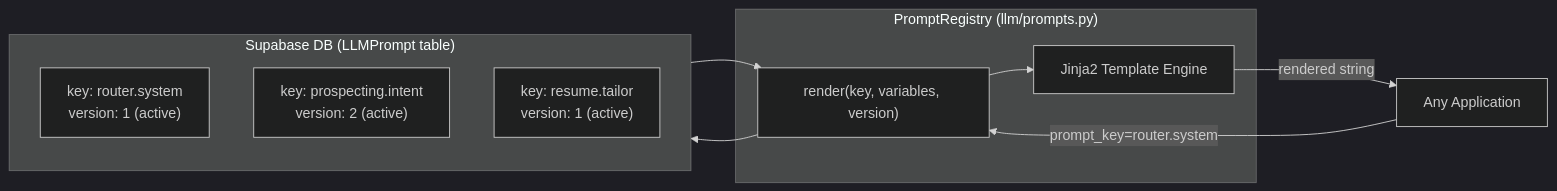
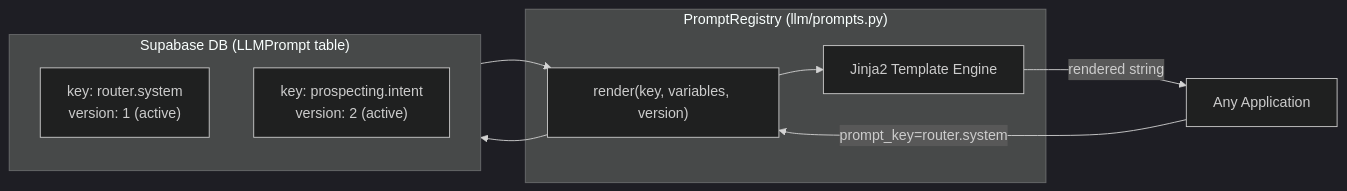
One commit to Ingenuity07/nomad-bot changed the fourth of 11 diagrams in README.md. Above: the diagram before and after it, drawn with Mermaid (dark theme). The commit also changed other lines of this file, not shown here.

Commit message:
docs: update README.md to reflect prospecting-only architecture

````diff
--- a/README.md
+++ b/README.md
@@ -423,19 +386,18 @@
 ```mermaid
 graph LR
     subgraph DB["Supabase DB (LLMPrompt table)"]
         P1["key: router.system\nversion: 1 (active)"]
         P2["key: prospecting.intent\nversion: 2 (active)"]
-        P3["key: resume.tailor\nversion: 1 (active)"]
     end
 
     subgraph Registry["PromptRegistry (llm/prompts.py)"]
         RENDER["render(key, variables, version)"]
         JINJA["Jinja2 Template Engine"]
     end
 
     APP["Any Application"] -->|prompt_key=router.system| RENDER
     RENDER --> DB
     DB --> RENDER
     RENDER --> JINJA
     JINJA -->|rendered string| APP
 ```
````
